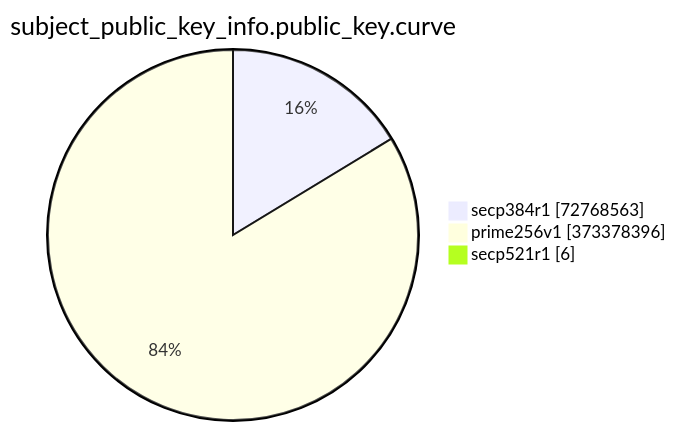
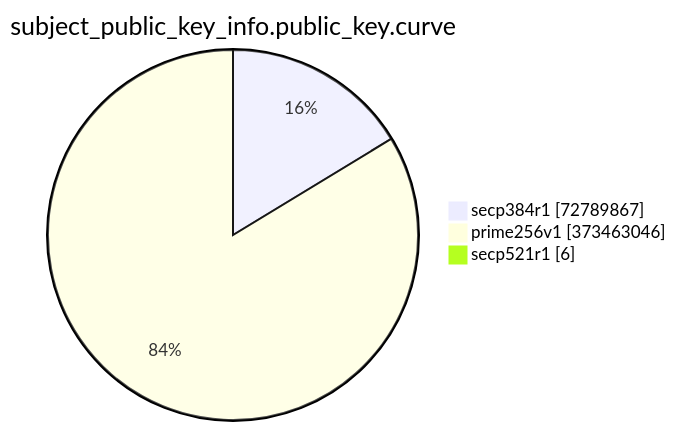
The eighth of 15 diagrams in TOTAL/README.md (christiankrug/ctmonitor_visualization), drawn with Mermaid before and after one commit. The commit also changed other lines of this file, not shown here.

````diff
--- a/TOTAL/README.md
+++ b/TOTAL/README.md
@@ -3092,7 +3092,7 @@
 ```mermaid
 pie showData
 title subject_public_key_info.public_key.curve
-"secp384r1" :72768563
-"prime256v1" :373378396
+"secp384r1" :72789867
+"prime256v1" :373463046
 "secp521r1" :6
 ```
````
